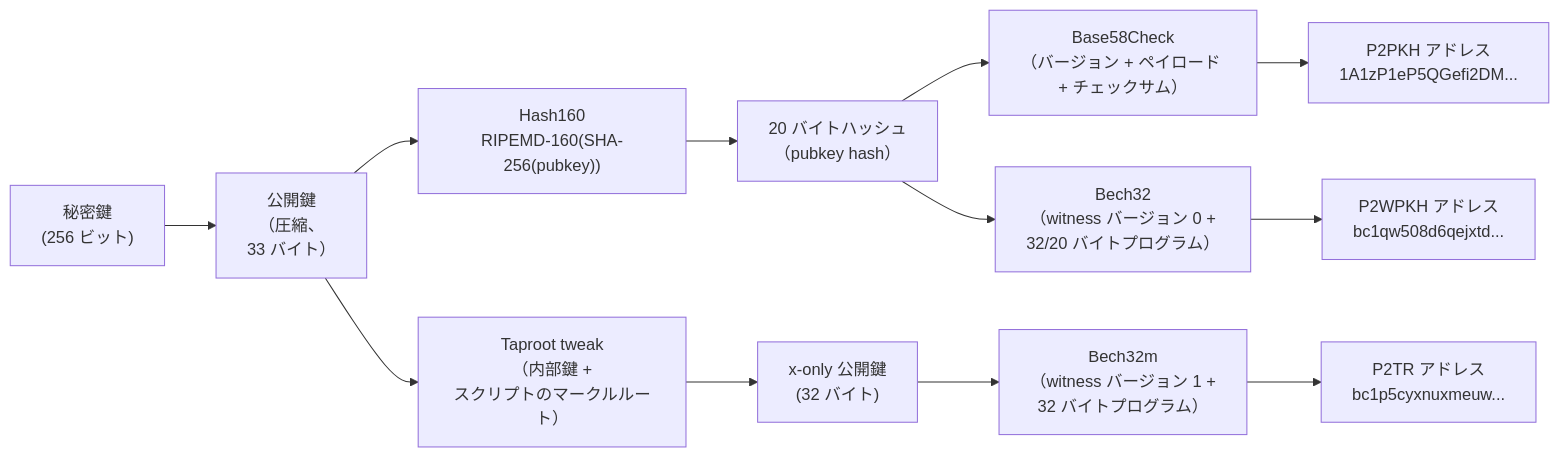
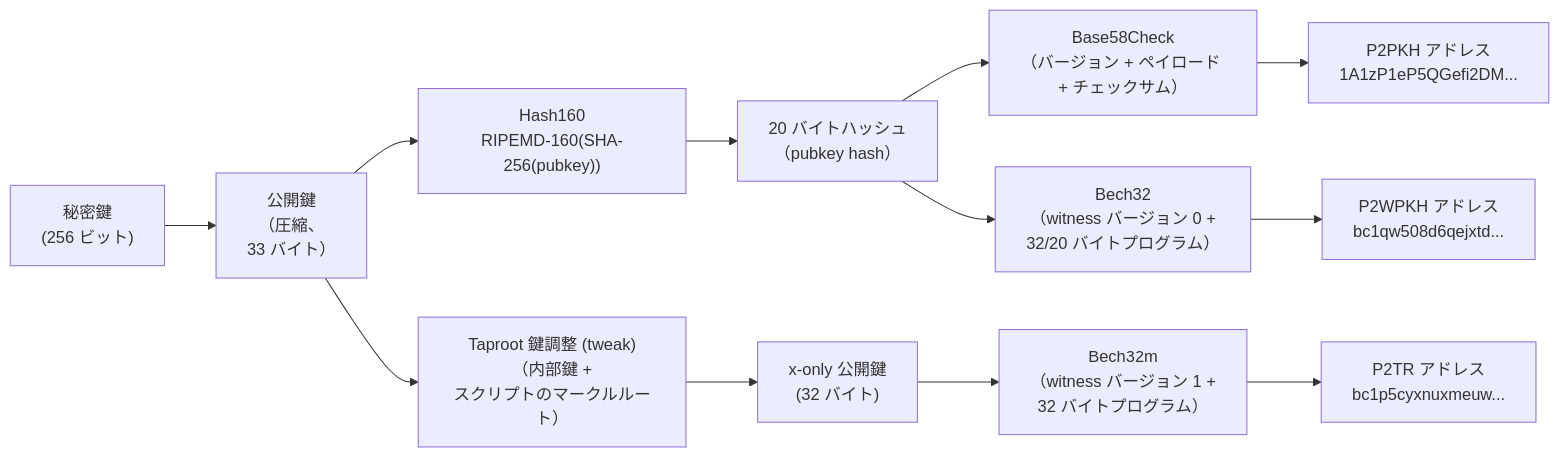
Before and after one commit to cypher256/BitcoinArchive: the fourth of 5 diagrams in src/data/translations/ja/design/2009-01-03-bitcoin-cryptography-design.md, drawn with Mermaid. The commit also changed 7 other files, not shown here.

````diff
--- a/src/data/translations/ja/design/2009-01-03-bitcoin-cryptography-design.md
+++ b/src/data/translations/ja/design/2009-01-03-bitcoin-cryptography-design.md
@@ -161,17 +161,17 @@
 ```mermaid
 flowchart LR
     SK["秘密鍵\n(256 ビット)"] --> PK["公開鍵\n（圧縮、\n33 バイト）"]
     PK --> HASH["Hash160\nRIPEMD-160(SHA-256(pubkey))"]
     HASH --> PAYLOAD["20 バイトハッシュ\n（pubkey hash）"]
 
     PAYLOAD --> B58["Base58Check\n（バージョン + ペイロード + チェックサム）"]
     B58 --> P2PKH["P2PKH アドレス\n1A1zP1eP5QGefi2DM..."]
 
     PAYLOAD --> BECH32["Bech32\n（witness バージョン 0 +\n32/20 バイトプログラム）"]
     BECH32 --> P2WPKH["P2WPKH アドレス\nbc1qw508d6qejxtd..."]
 
-    PK --> TWEAK["Taproot tweak\n（内部鍵 +\nスクリプトのマークルルート）"]
+    PK --> TWEAK["Taproot 鍵調整 (tweak)\n（内部鍵 +\nスクリプトのマークルルート）"]
     TWEAK --> XONLY["x-only 公開鍵\n(32 バイト)"]
     XONLY --> BECH32M["Bech32m\n（witness バージョン 1 +\n32 バイトプログラム）"]
     BECH32M --> P2TR["P2TR アドレス\nbc1p5cyxnuxmeuw..."]
 ```
````
